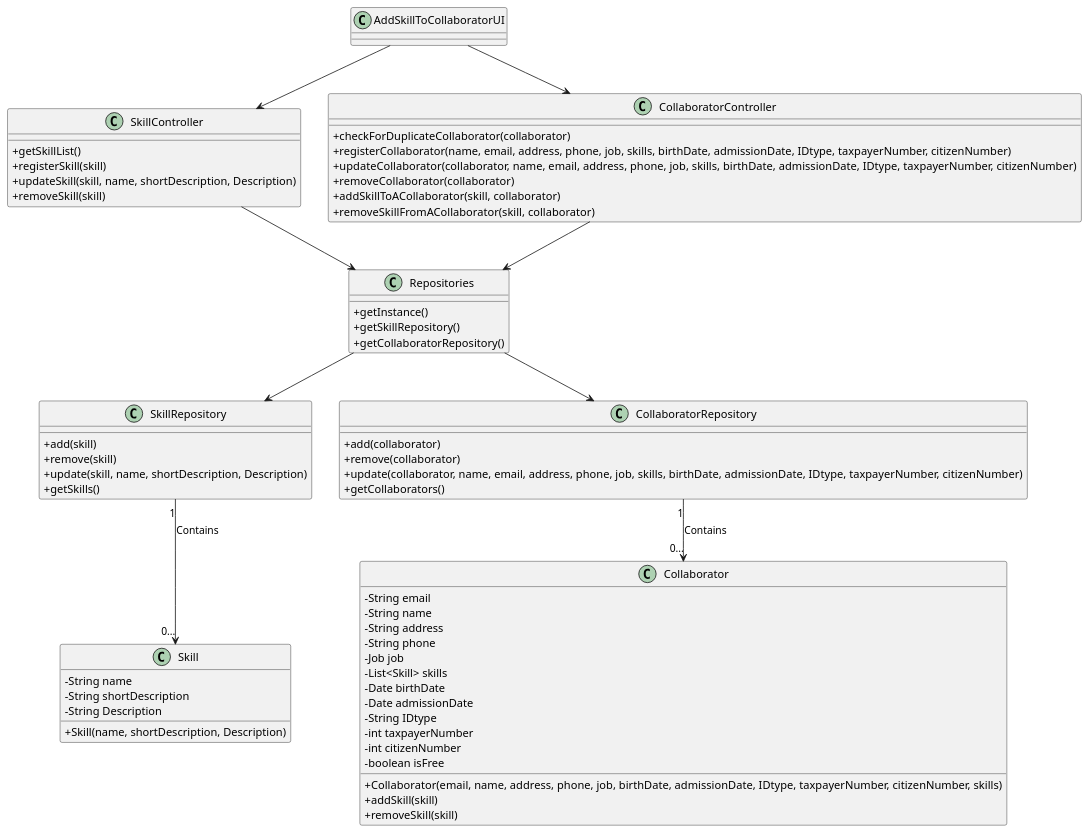
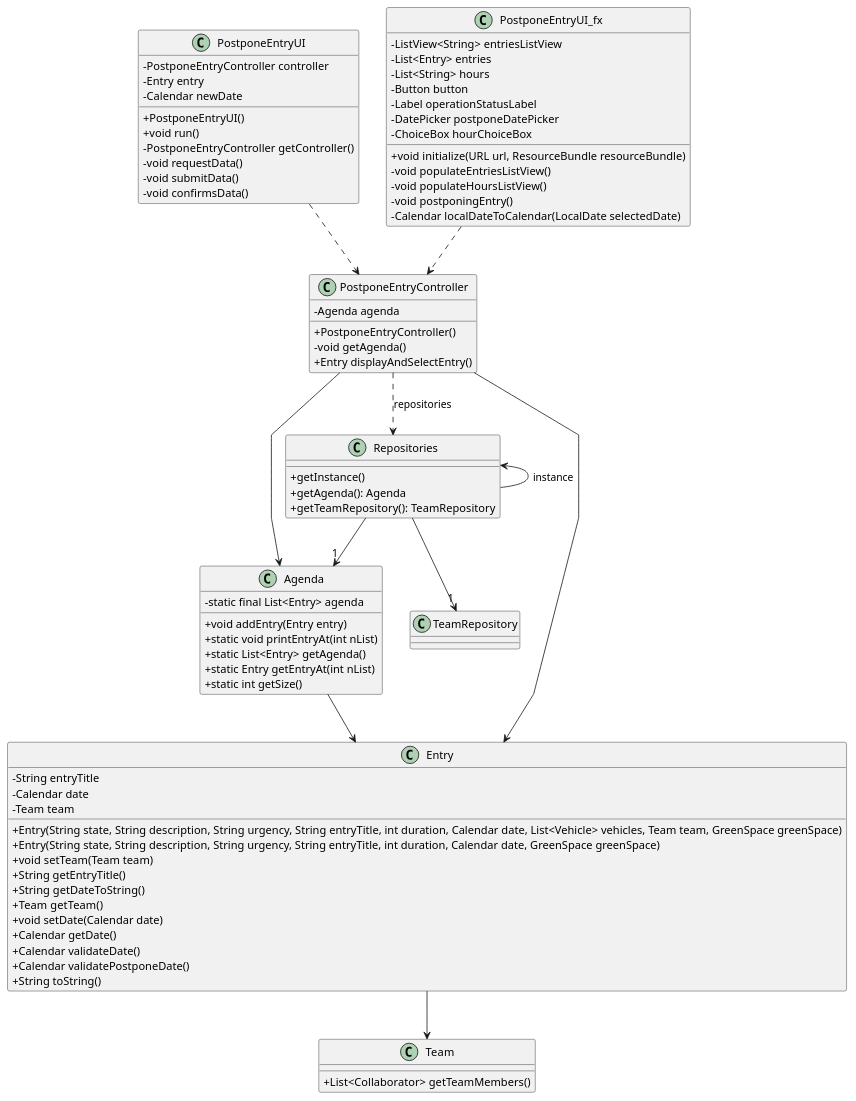
One commit to RicardoMorim/lapr2-ISEP-Project changed the diagram in docs/sprintC/us024/03.design/puml/us024-class-diagram.puml. Above: the diagram before and after it, drawn with PlantUML. The commit also changed 1 other file, not shown here.

```diff
--- a/docs/sprintC/us024/03.design/puml/us024-class-diagram.puml
+++ b/docs/sprintC/us024/03.design/puml/us024-class-diagram.puml
@@ -1,87 +1,93 @@
 @startuml
 'skinparam monochrome true
 skinparam packageStyle rectangle
 skinparam shadowing false
 skinparam linetype polyline
 'skinparam linetype orto
-
 skinparam classAttributeIconSize 0
-
 'left to right direction
 
-class Skill {
-    - String name
-    - String shortDescription
-    - String Description
 
-    + Skill(name, shortDescription, Description)
-}
+PostponeEntryController --> Agenda
+PostponeEntryController ..> Repositories : repositories
+PostponeEntryController --> Entry
+Entry --> Team
+PostponeEntryUI ..> PostponeEntryController
+Repositories --> "1" Agenda
+Repositories --> "1" TeamRepository
+Repositories <-- Repositories : instance
+PostponeEntryUI_fx ..> PostponeEntryController
+Agenda --> Entry
 
-class SkillController {
-    + getSkillList()
-    + registerSkill(skill)
-    + updateSkill(skill, name, shortDescription, Description)
-    + removeSkill(skill)
-}
+  class PostponeEntryController {
+        -Agenda agenda
+        +PostponeEntryController()
+        -void getAgenda()
+        +Entry displayAndSelectEntry()
+    }
 
-class Collaborator {
-    - String email
-    - String name
-    - String address
-    - String phone
-    - Job job
-    - List<Skill> skills
-    - Date birthDate
-    - Date admissionDate
-    - String IDtype
-    - int taxpayerNumber
-    - int citizenNumber
-    - boolean isFree
 
-    + Collaborator(email, name, address, phone, job, birthDate, admissionDate, IDtype, taxpayerNumber, citizenNumber, skills)
-    + addSkill(skill)
-    + removeSkill(skill)
-}
+    class Entry {
+        -String entryTitle
+        -Calendar date
+        -Team team
+        +Entry(String state, String description, String urgency, String entryTitle, int duration, Calendar date, List<Vehicle> vehicles, Team team, GreenSpace greenSpace)
+        +Entry(String state, String description, String urgency, String entryTitle, int duration, Calendar date, GreenSpace greenSpace)
+        +void setTeam(Team team)
+        +String getEntryTitle()
+        +String getDateToString()
+        +Team getTeam()
+        +void setDate(Calendar date)
+        +Calendar getDate()
+        +Calendar validateDate()
+        +Calendar validatePostponeDate()
+        +String toString()
+    }
 
-class CollaboratorController {
-    + checkForDuplicateCollaborator(collaborator)
-    + registerCollaborator(name, email, address, phone, job, skills, birthDate, admissionDate, IDtype, taxpayerNumber, citizenNumber)
-    + updateCollaborator(collaborator, name, email, address, phone, job, skills, birthDate, admissionDate, IDtype, taxpayerNumber, citizenNumber)
-    + removeCollaborator(collaborator)
-    + addSkillToACollaborator(skill, collaborator)
-    + removeSkillFromACollaborator(skill, collaborator)
-}
+    class Team {
+        +List<Collaborator> getTeamMembers()
+    }
 
-class AddSkillToCollaboratorUI {
-}
 
-class SkillRepository {
-    + add(skill)
-    + remove(skill)
-    + update(skill, name, shortDescription, Description)
-    + getSkills()
-}
+    class Agenda {
+        -static final List<Entry> agenda
+        +void addEntry(Entry entry)
+        +static void printEntryAt(int nList)
+        +static List<Entry> getAgenda()
+        +static Entry getEntryAt(int nList)
+        +static int getSize()
+    }
 
-class CollaboratorRepository {
-    + add(collaborator)
-    + remove(collaborator)
-    + update(collaborator, name, email, address, phone, job, skills, birthDate, admissionDate, IDtype, taxpayerNumber, citizenNumber)
-    + getCollaborators()
-}
+    class PostponeEntryUI {
+        -PostponeEntryController controller
+        -Entry entry
+        -Calendar newDate
+        +PostponeEntryUI()
+        +void run()
+        -PostponeEntryController getController()
+        -void requestData()
+        -void submitData()
+        -void confirmsData()
+    }
 
-class Repositories {
-    + getInstance()
-    + getSkillRepository()
-    + getCollaboratorRepository()
-}
+    class PostponeEntryUI_fx {
+        -ListView<String> entriesListView
+        -List<Entry> entries
+        -List<String> hours
+        -Button button
+        -Label operationStatusLabel
+        -DatePicker postponeDatePicker
+        -ChoiceBox hourChoiceBox
+        +void initialize(URL url, ResourceBundle resourceBundle)
+        -void populateEntriesListView()
+        -void populateHoursListView()
+        -void postponingEntry()
+        -Calendar localDateToCalendar(LocalDate selectedDate)
+    }
 
-AddSkillToCollaboratorUI --> SkillController
-AddSkillToCollaboratorUI --> CollaboratorController
-SkillController --> Repositories
-CollaboratorController --> Repositories
-Repositories --> SkillRepository
-Repositories --> CollaboratorRepository
-CollaboratorRepository "1" --> "0..." Collaborator : Contains
-SkillRepository "1" --> "0..." Skill : Contains
-
+class Repositories{
+    +getInstance()
+    + getAgenda(): Agenda
+    + getTeamRepository(): TeamRepository
+    }
 @enduml
```
